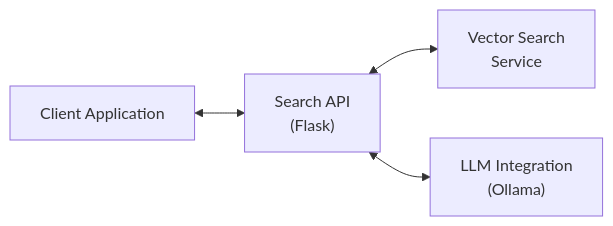
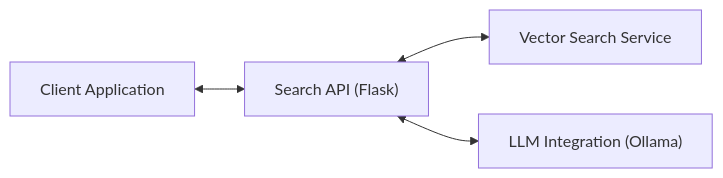
One commit to bcgov/EPIC.search changed the diagram in search-api/DOCUMENTATION.md. Above: the diagram before and after it, drawn with Mermaid. The commit also changed 4 other files, not shown here.

````diff
--- a/search-api/DOCUMENTATION.md
+++ b/search-api/DOCUMENTATION.md
@@ -18,6 +18,6 @@
 ```mermaid
 flowchart LR
-    Client["Client Application"] <--> SearchAPI["Search API\n(Flask)"]
-    SearchAPI <--> VectorSearch["Vector Search\nService"]
-    SearchAPI <--> LLM["LLM Integration\n(Ollama)"]
+    Client["Client Application"] <--> SearchAPI["Search API (Flask)"]
+    SearchAPI <--> VectorSearch["Vector Search Service"]
+    SearchAPI <--> LLM["LLM Integration (Ollama)"]
 ```
````
